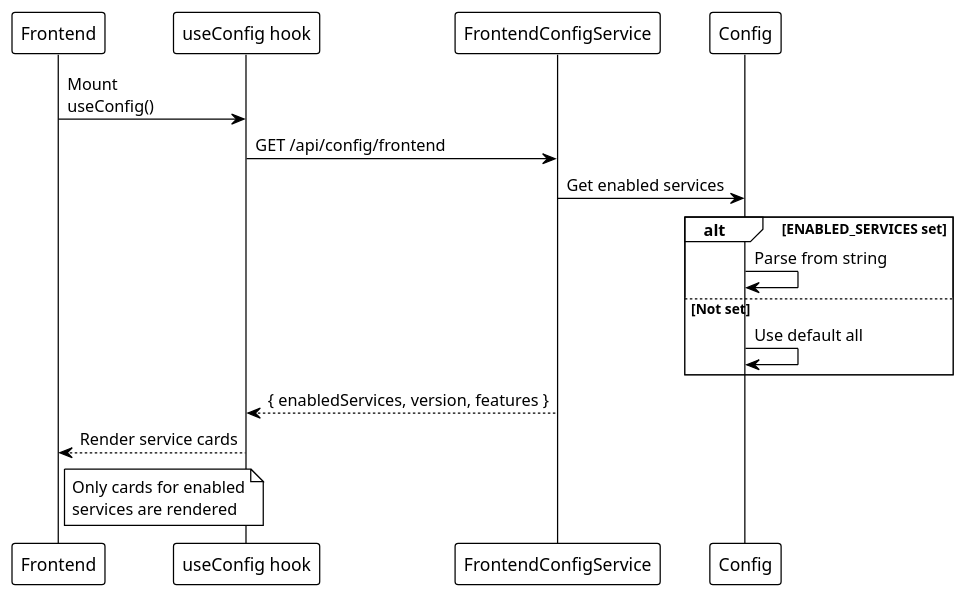
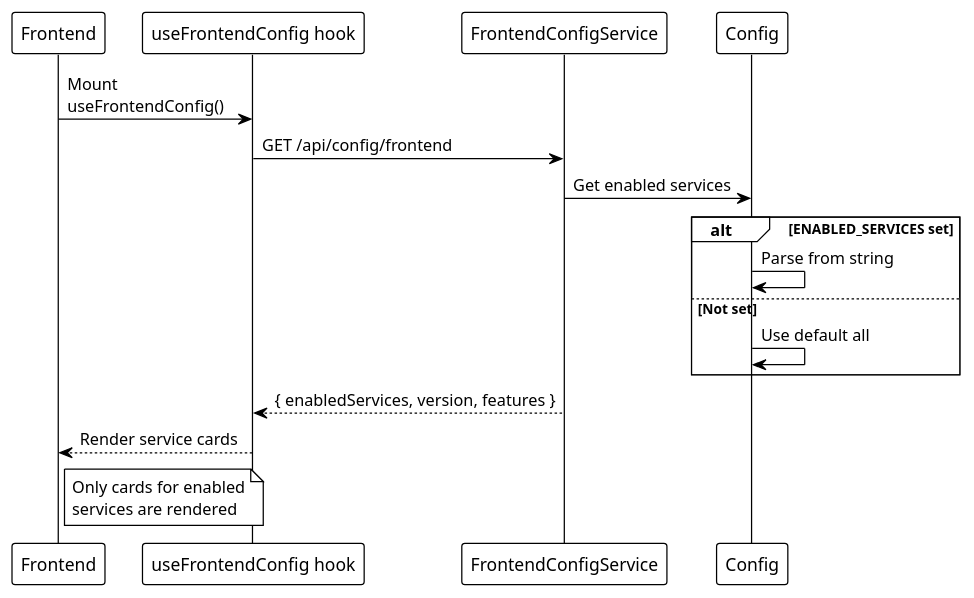
Before and after one commit to EraPartner/Watchman: the diagram in docs/api/frontend-config.md, drawn with PlantUML. The commit also changed other lines of this file and 33 other files, not shown here.

````diff
--- a/docs/api/frontend-config.md
+++ b/docs/api/frontend-config.md
@@ -75,30 +77,30 @@
 ```plantuml
 @startuml
 !theme plain
 
 participant "Frontend" as FE
-participant "useConfig hook" as Hook
+participant "useFrontendConfig hook" as Hook
 participant "FrontendConfigService" as Svc
 participant "Config" as Cfg
 
-FE -> Hook : Mount\nuseConfig()
+FE -> Hook : Mount\nuseFrontendConfig()
 
 Hook -> Svc : GET /api/config/frontend
 
 Svc -> Cfg : Get enabled services
 
 alt ENABLED_SERVICES set
     Cfg -> Cfg : Parse from string
 else Not set
     Cfg -> Cfg : Use default all
 end
 
 Svc --> Hook : { enabledServices, version, features }
 Hook --> FE : Render service cards
 
 note right of FE
   Only cards for enabled
   services are rendered
 end note
 @enduml
 ```
````
